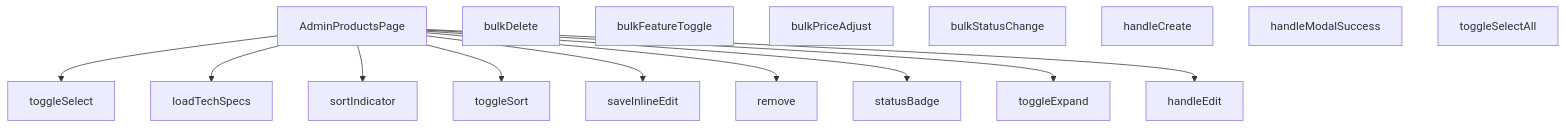
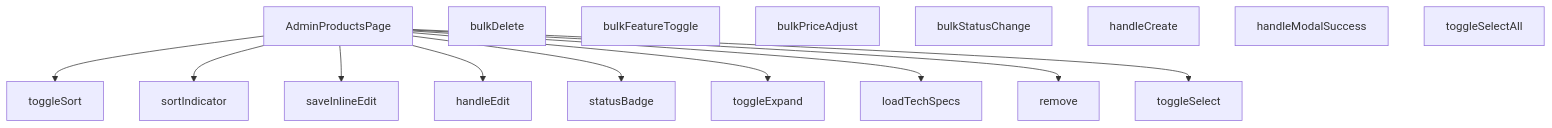
Before and after one commit to peckop/venthub-hvac-esite: the diagram in src/views/admin/AdminProductsPage.md, drawn with Mermaid. The commit also changed other lines of this file and 7 other files, not shown here.

````diff
--- a/src/views/admin/AdminProductsPage.md
+++ b/src/views/admin/AdminProductsPage.md
@@ -487,29 +487,29 @@
 ```mermaid
 graph TD
     AdminProductsPage_tsx__AdminProductsPage["AdminProductsPage"]
     AdminProductsPage_tsx__bulkDelete["bulkDelete"]
     AdminProductsPage_tsx__bulkFeatureToggle["bulkFeatureToggle"]
     AdminProductsPage_tsx__bulkPriceAdjust["bulkPriceAdjust"]
     AdminProductsPage_tsx__bulkStatusChange["bulkStatusChange"]
     AdminProductsPage_tsx__handleCreate["handleCreate"]
     AdminProductsPage_tsx__handleEdit["handleEdit"]
     AdminProductsPage_tsx__handleModalSuccess["handleModalSuccess"]
     AdminProductsPage_tsx__loadTechSpecs["loadTechSpecs"]
     AdminProductsPage_tsx__remove["remove"]
     AdminProductsPage_tsx__saveInlineEdit["saveInlineEdit"]
     AdminProductsPage_tsx__sortIndicator["sortIndicator"]
     AdminProductsPage_tsx__statusBadge["statusBadge"]
     AdminProductsPage_tsx__toggleExpand["toggleExpand"]
     AdminProductsPage_tsx__toggleSelect["toggleSelect"]
     AdminProductsPage_tsx__toggleSelectAll["toggleSelectAll"]
     AdminProductsPage_tsx__toggleSort["toggleSort"]
-    AdminProductsPage_tsx__AdminProductsPage --> AdminProductsPage_tsx__toggleSelect
-    AdminProductsPage_tsx__AdminProductsPage --> AdminProductsPage_tsx__loadTechSpecs
+    AdminProductsPage_tsx__AdminProductsPage --> AdminProductsPage_tsx__toggleSort
     AdminProductsPage_tsx__AdminProductsPage --> AdminProductsPage_tsx__sortIndicator
-    AdminProductsPage_tsx__AdminProductsPage --> AdminProductsPage_tsx__toggleSort
     AdminProductsPage_tsx__AdminProductsPage --> AdminProductsPage_tsx__saveInlineEdit
-    AdminProductsPage_tsx__AdminProductsPage --> AdminProductsPage_tsx__remove
+    AdminProductsPage_tsx__AdminProductsPage --> AdminProductsPage_tsx__handleEdit
     AdminProductsPage_tsx__AdminProductsPage --> AdminProductsPage_tsx__statusBadge
     AdminProductsPage_tsx__AdminProductsPage --> AdminProductsPage_tsx__toggleExpand
-    AdminProductsPage_tsx__AdminProductsPage --> AdminProductsPage_tsx__handleEdit
+    AdminProductsPage_tsx__AdminProductsPage --> AdminProductsPage_tsx__loadTechSpecs
+    AdminProductsPage_tsx__AdminProductsPage --> AdminProductsPage_tsx__remove
+    AdminProductsPage_tsx__AdminProductsPage --> AdminProductsPage_tsx__toggleSelect
 ```
````
